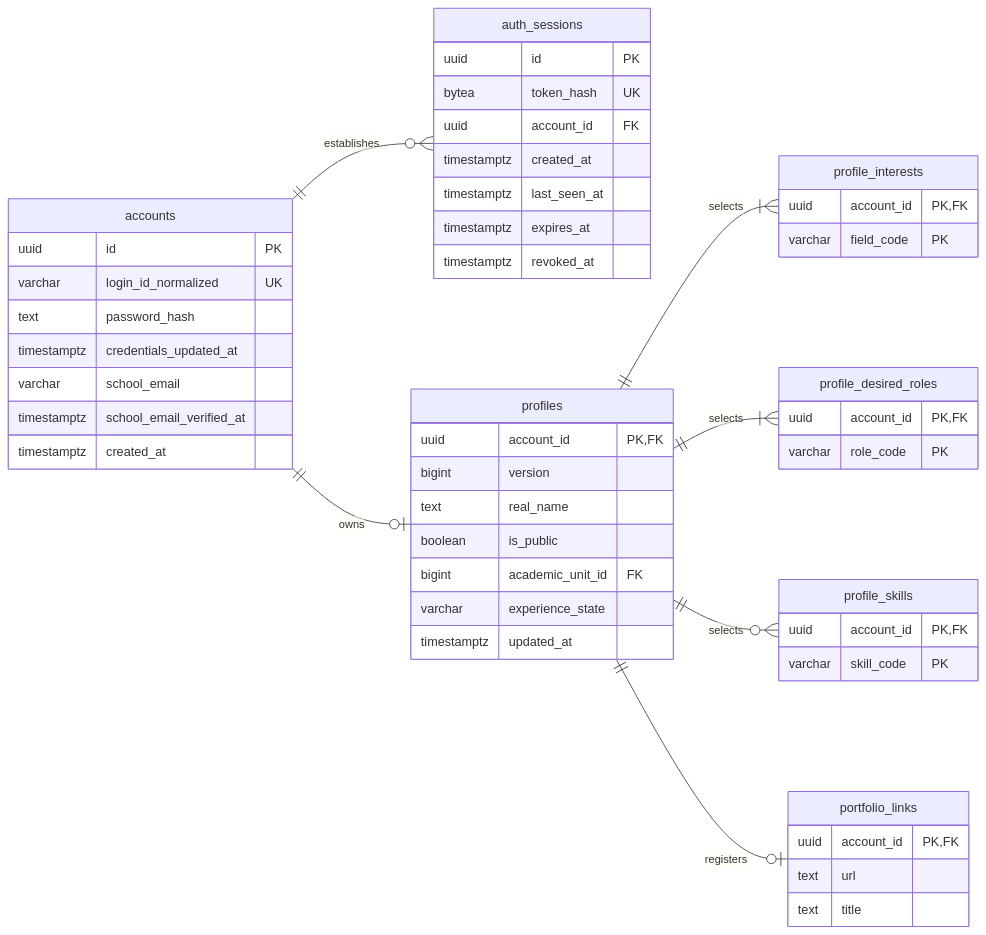
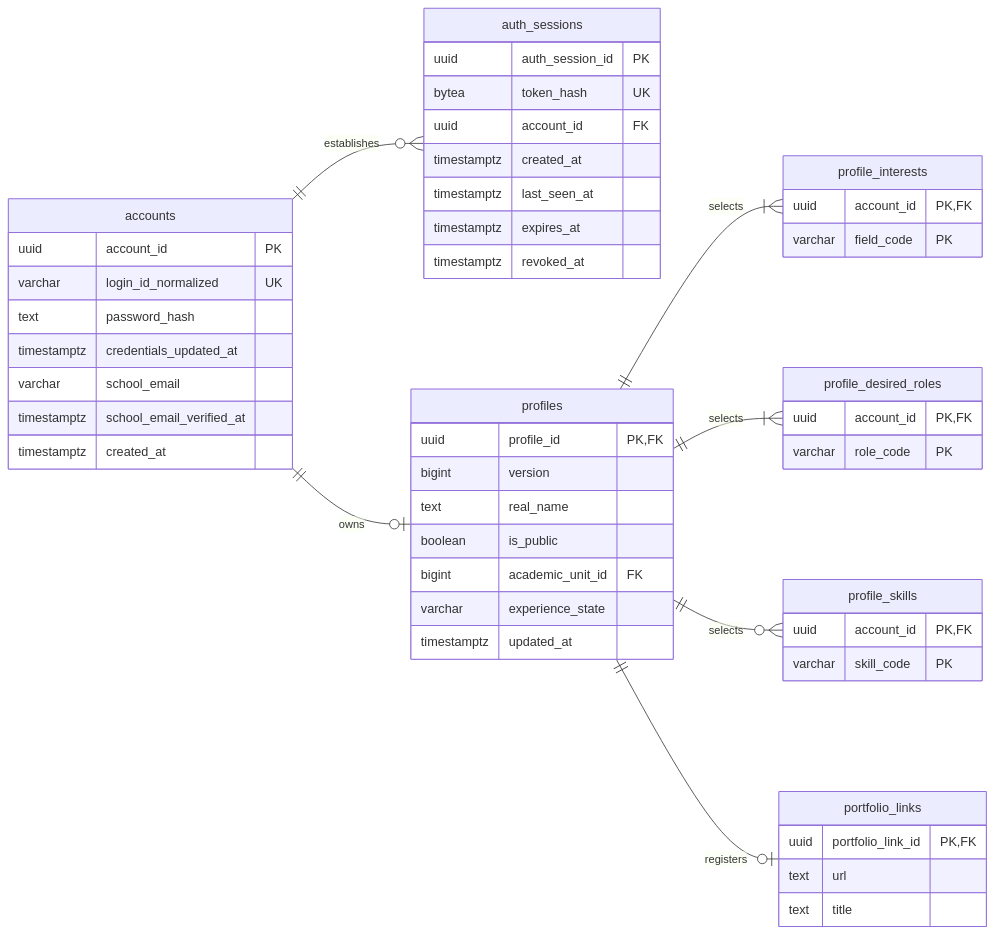
Before and after one commit to wejo-team/sku-dreamon: the diagram in docs/database/identity.md, drawn with Mermaid. The commit also changed other lines of this file and 16 other files, not shown here.

````diff
--- a/docs/database/identity.md
+++ b/docs/database/identity.md
@@ -22,54 +22,54 @@
 ```mermaid
 erDiagram
     direction LR
     accounts ||--o{ auth_sessions : establishes
     accounts ||--o| profiles : owns
     profiles ||--|{ profile_interests : selects
     profiles ||--|{ profile_desired_roles : selects
     profiles ||--o{ profile_skills : selects
     profiles ||--o| portfolio_links : registers
     accounts {
-        uuid id PK
+        uuid account_id PK
         varchar login_id_normalized UK
         text password_hash
         timestamptz credentials_updated_at
         varchar school_email
         timestamptz school_email_verified_at
         timestamptz created_at
     }
     auth_sessions {
-        uuid id PK
+        uuid auth_session_id PK
         bytea token_hash UK
         uuid account_id FK
         timestamptz created_at
         timestamptz last_seen_at
         timestamptz expires_at
         timestamptz revoked_at
     }
     profiles {
-        uuid account_id PK,FK
+        uuid profile_id PK,FK
         bigint version
         text real_name
         boolean is_public
         bigint academic_unit_id FK
         varchar experience_state
         timestamptz updated_at
     }
     profile_interests {
         uuid account_id PK,FK
         varchar field_code PK
     }
     profile_desired_roles {
         uuid account_id PK,FK
         varchar role_code PK
     }
     profile_skills {
         uuid account_id PK,FK
         varchar skill_code PK
     }
     portfolio_links {
-        uuid account_id PK,FK
+        uuid portfolio_link_id PK,FK
         text url
         text title
     }
 ```
````
